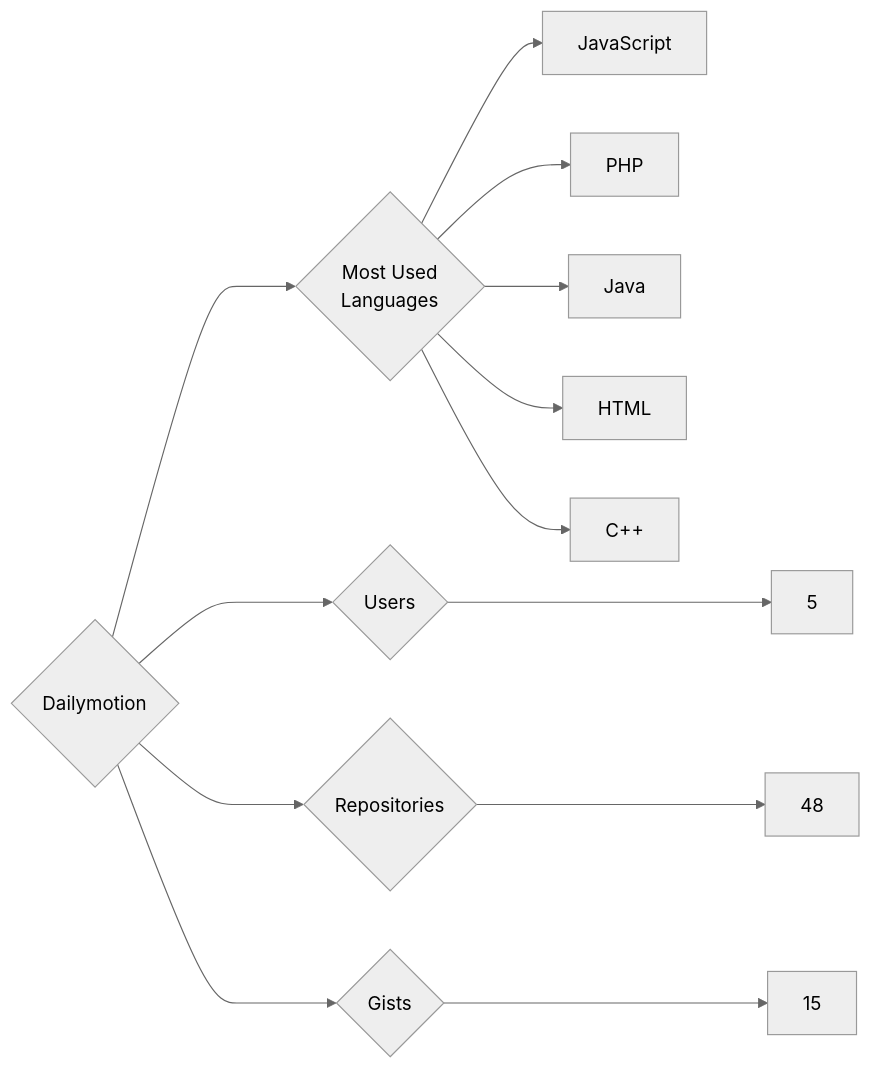
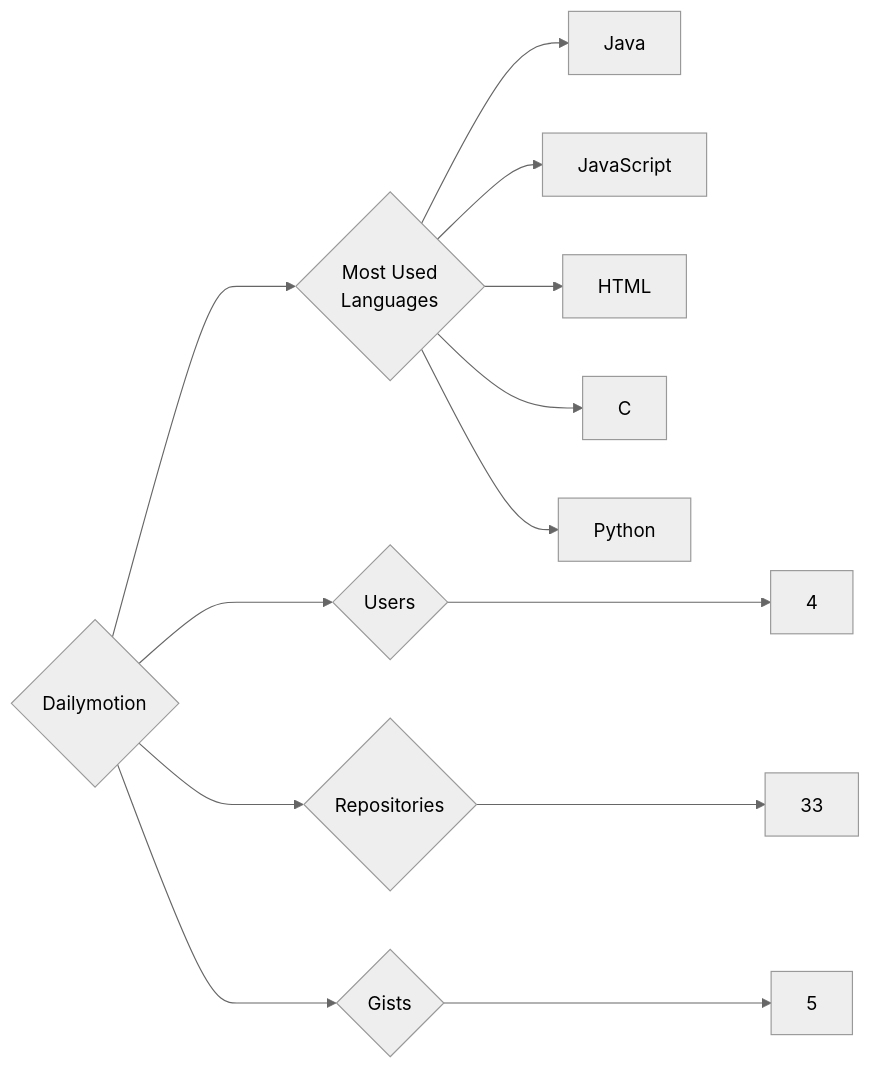
The diagram in targets/Dailymotion/README.md (trickest/insiders), drawn with Mermaid (neutral theme) before and after one commit. The commit also changed 1089 other files, not shown here.

````diff
--- a/targets/Dailymotion/README.md
+++ b/targets/Dailymotion/README.md
@@ -3,13 +3,13 @@
 ```mermaid
 graph LR
 COMPANY_NAME{Dailymotion}
-COMPANY_NAME ---> U{Users} ---> UN[5]
-COMPANY_NAME ---> R{Repositories} ---> RN[48]
-COMPANY_NAME ---> G{Gists} ---> GN[15]
+COMPANY_NAME ---> U{Users} ---> UN[4]
+COMPANY_NAME ---> R{Repositories} ---> RN[33]
+COMPANY_NAME ---> G{Gists} ---> GN[5]
 COMPANY_NAME ---> ML{Most Used<br>Languages}
+ML --> Java[Java]
 ML --> JavaScript[JavaScript]
-ML --> PHP[PHP]
-ML --> Java[Java]
 ML --> HTML[HTML]
-ML --> C++[C++]
+ML --> C[C]
+ML --> Python[Python]
 ```
````
